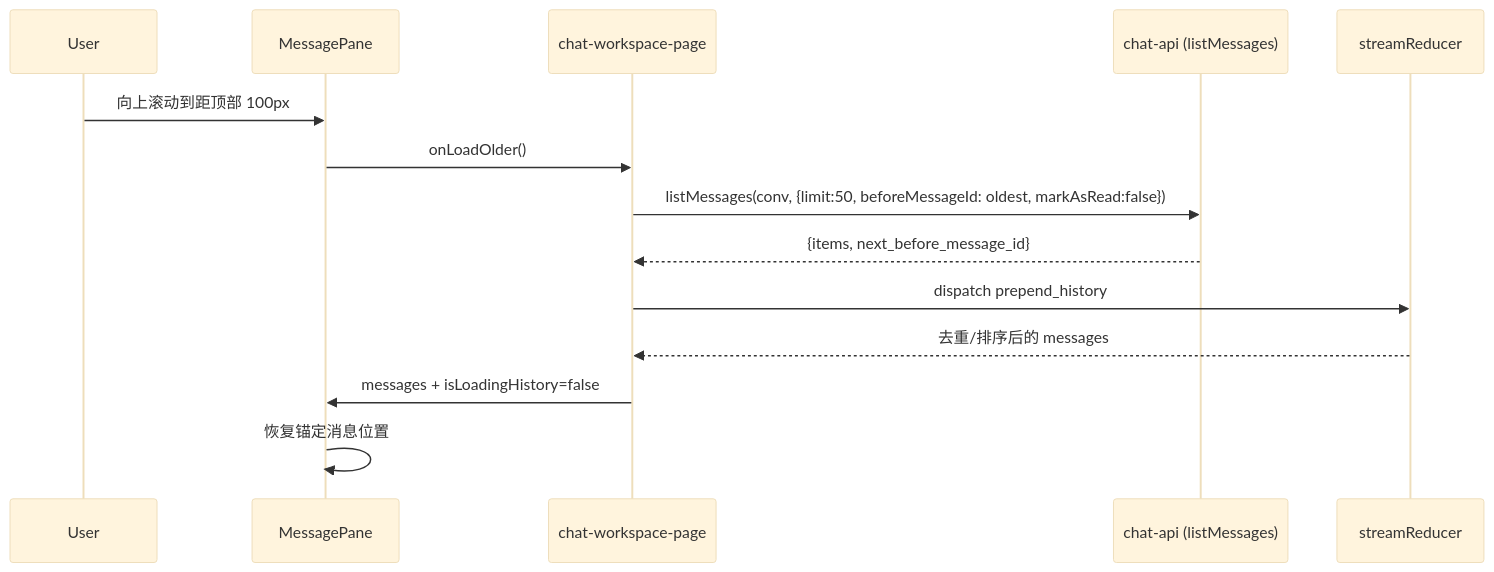
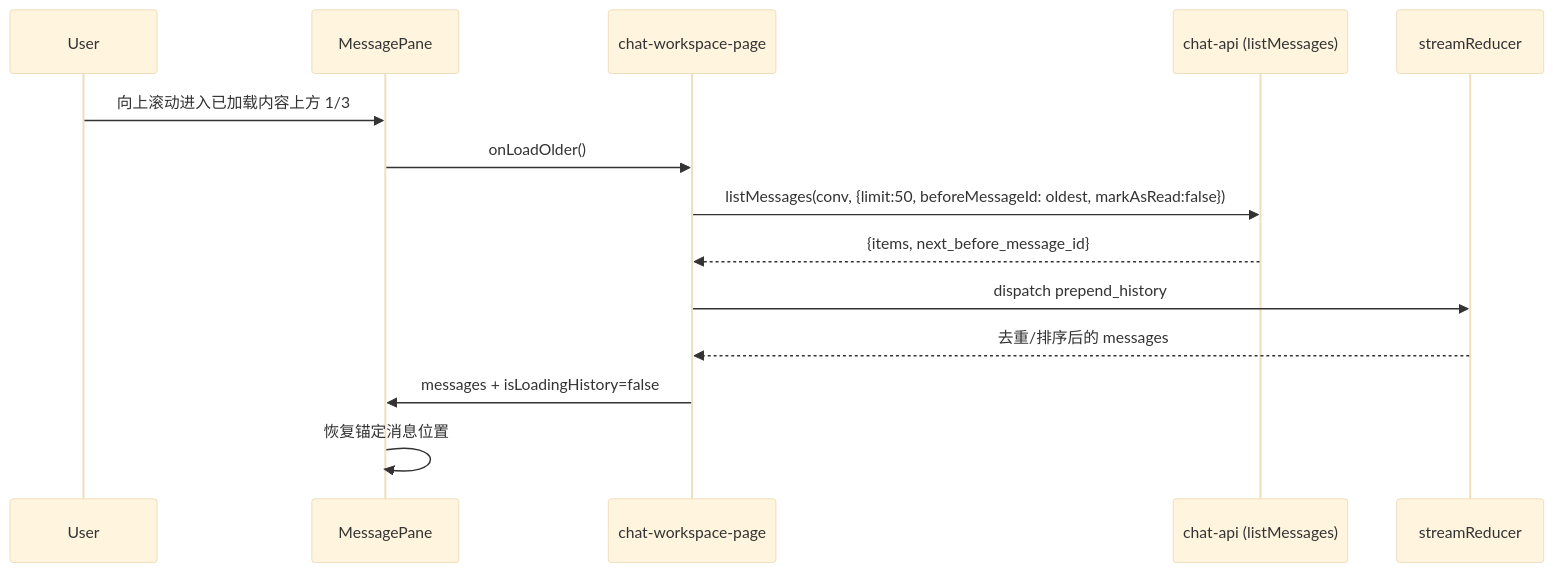
One commit to Mrchen116/nano-multiagent changed the second of 3 diagrams in docs/changes/feat-451-chat-history-pagination/design.md. Above: the diagram before and after it, drawn with Mermaid (base theme). The commit also changed other lines of this file and 1 other file, not shown here.

````diff
--- a/docs/changes/feat-451-chat-history-pagination/design.md
+++ b/docs/changes/feat-451-chat-history-pagination/design.md
@@ -159,17 +161,17 @@
 ```mermaid
 sequenceDiagram
     participant User
     participant MP as MessagePane
     participant CW as chat-workspace-page
     participant API as chat-api (listMessages)
     participant SR as streamReducer
 
-    User->>MP: 向上滚动到距顶部 100px
+    User->>MP: 向上滚动进入已加载内容上方 1/3
     MP->>CW: onLoadOlder()
     CW->>API: listMessages(conv, {limit:50, beforeMessageId: oldest, markAsRead:false})
     API-->>CW: {items, next_before_message_id}
     CW->>SR: dispatch prepend_history
     SR-->>CW: 去重/排序后的 messages
     CW->>MP: messages + isLoadingHistory=false
     MP->>MP: 恢复锚定消息位置
 ```
````
